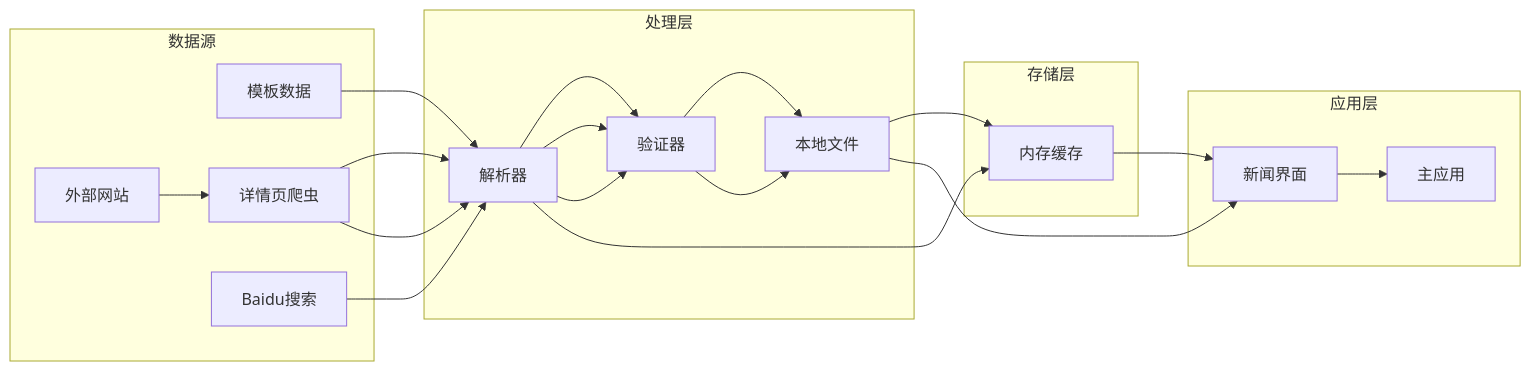
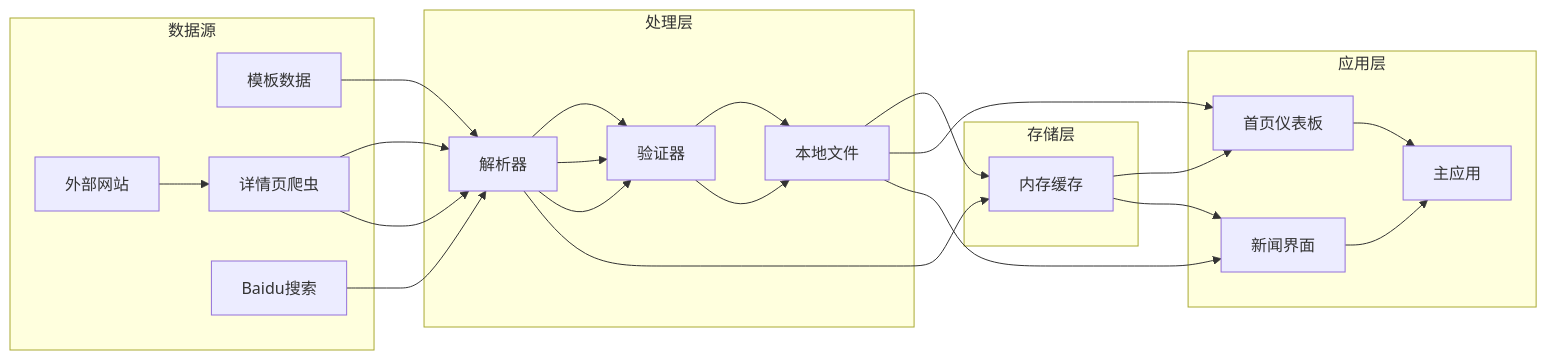
One commit to liangxuanliang-cmd/carbon-info-agent changed diagram 19 of 20 in .qoder/repowiki/zh/content/数据管理/新闻数据管理/增强的新闻数据管理.md. Above: the diagram before and after it, drawn with Mermaid. The commit also changed other lines of this file and 7 other files, not shown here.

````diff
--- a/.qoder/repowiki/zh/content/数据管理/新闻数据管理/增强的新闻数据管理.md
+++ b/.qoder/repowiki/zh/content/数据管理/新闻数据管理/增强的新闻数据管理.md
@@ -684,32 +785,36 @@
 ```mermaid
 graph LR
 subgraph "数据源"
 ExternalSites[外部网站]
 TemplateData[模板数据]
 DetailCrawlers[详情页爬虫]
 BaiduSearch[Baidu搜索]
 end
 subgraph "处理层"
 DetailCrawlers --> Parser[解析器]
 Parser --> Validator[验证器]
 BaiduSearch --> Parser
 Parser --> Validator
 Validator --> LocalFiles[本地文件]
 end
 subgraph "存储层"
 LocalFiles --> MemoryCache[内存缓存]
 end
 subgraph "应用层"
+HomeDashboard[首页仪表板]
 NewsSection[新闻界面]
 App[主应用]
 end
 ExternalSites --> DetailCrawlers
 TemplateData --> Parser
 DetailCrawlers --> Parser
 Parser --> Validator
 Validator --> LocalFiles
 Parser --> MemoryCache
+LocalFiles --> HomeDashboard
 LocalFiles --> NewsSection
+MemoryCache --> HomeDashboard
 MemoryCache --> NewsSection
+HomeDashboard --> App
 NewsSection --> App
 ```
````
